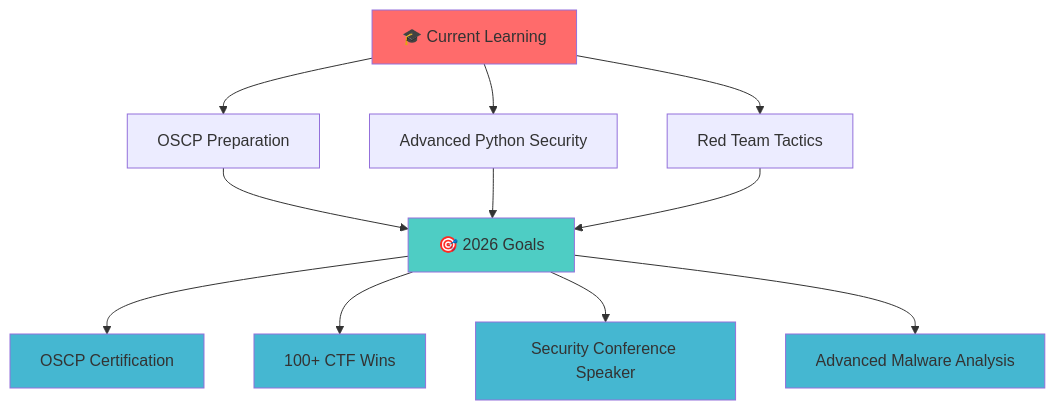
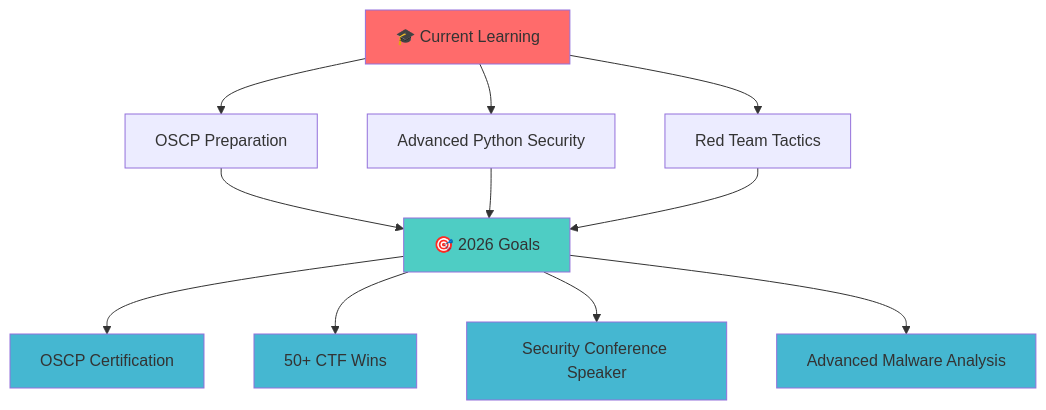
The diagram in README.md (irfan-sec/irfan-sec), drawn with Mermaid before and after one commit. The commit also changed other lines of this file, not shown here.

Commit message:
Update CTF wins and OSCP goal year in README

````diff
--- a/README.md
+++ b/README.md
@@ -203,22 +203,22 @@
 ```mermaid
 graph TD
     A[🎓 Current Learning] --> B[OSCP Preparation]
     A --> C[Advanced Python Security]
     A --> D[Red Team Tactics]
     
     B --> E[🎯 2026 Goals]
     C --> E
     D --> E
     
     E --> F[OSCP Certification]
-    E --> G[100+ CTF Wins]
+    E --> G[50+ CTF Wins]
     E --> H[Security Conference Speaker]
     E --> I[Advanced Malware Analysis]
     
     style A fill:#ff6b6b
     style E fill:#4ecdc4
     style F fill:#45b7d1
     style G fill:#45b7d1
     style H fill:#45b7d1
     style I fill:#45b7d1
 ```
````
